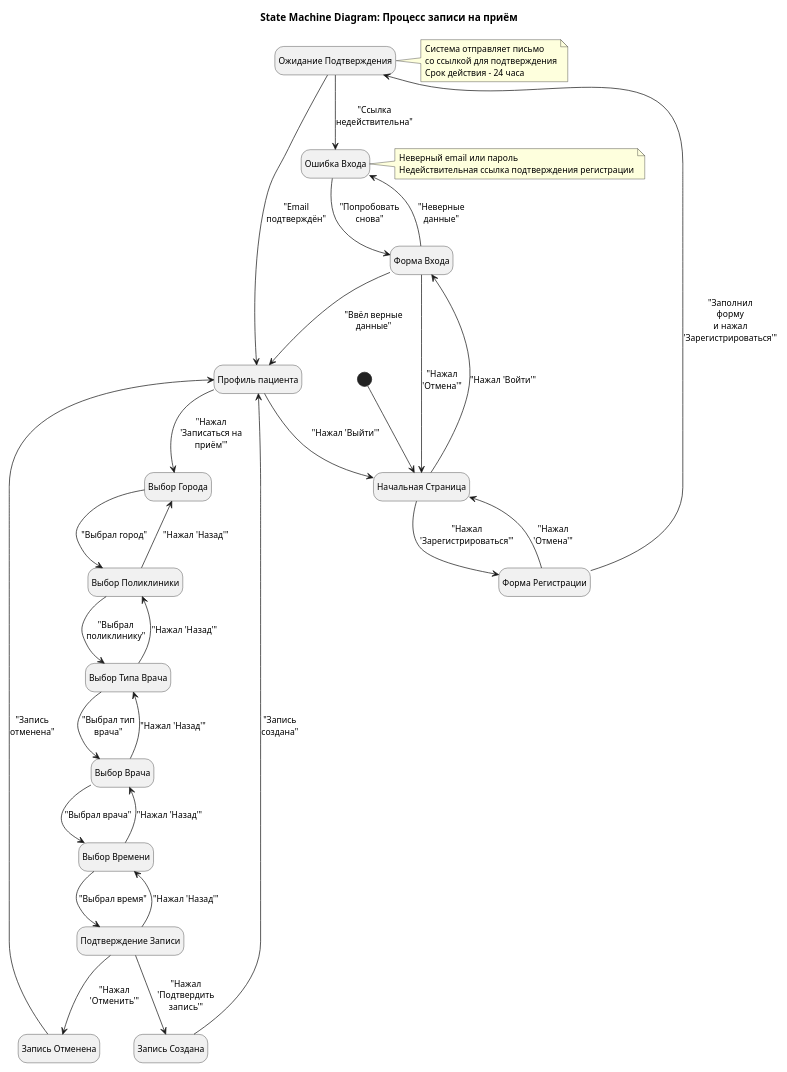
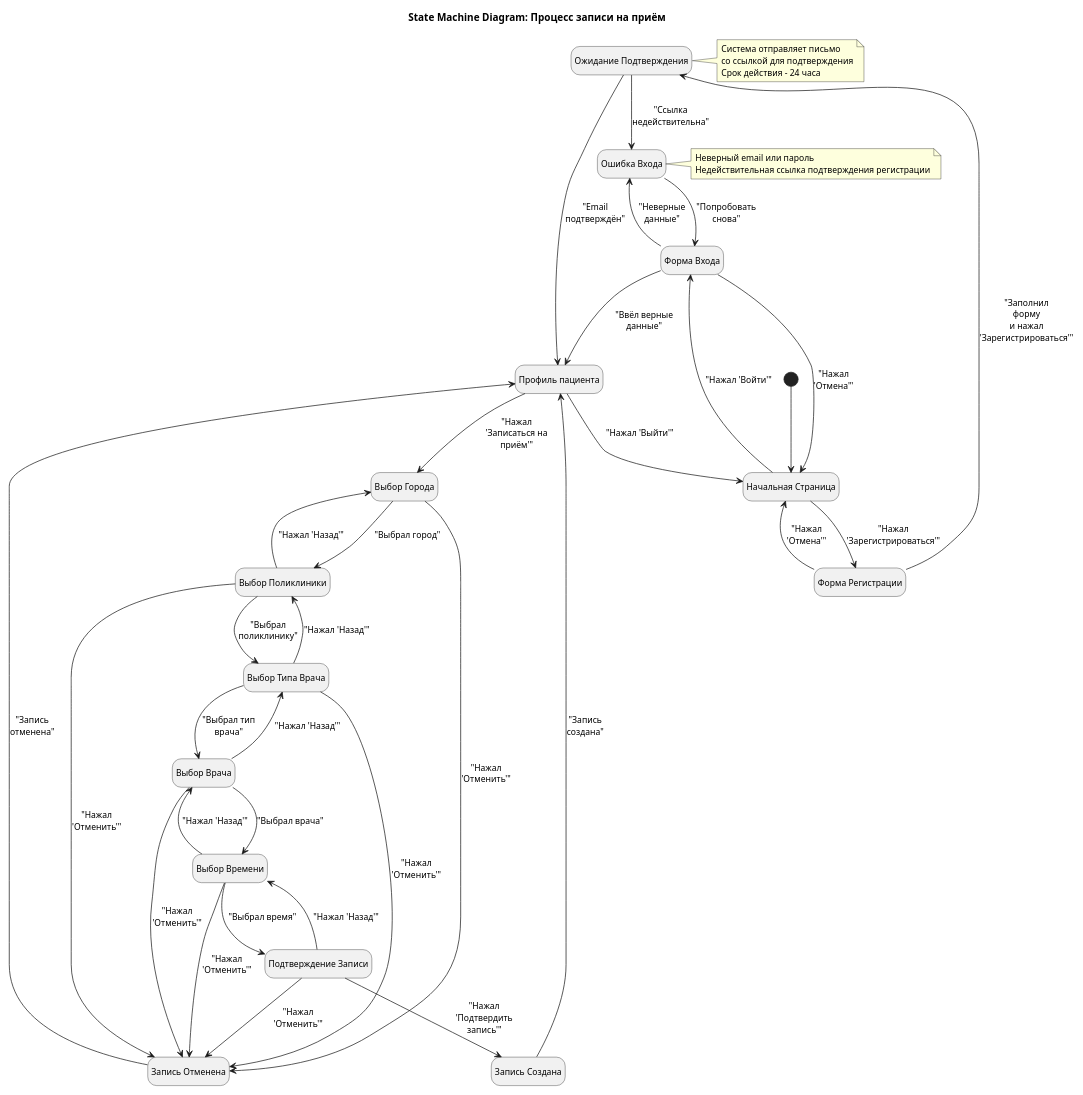
Before and after one commit to bald03/project-doc: the diagram in 3. Технические процессы/state.puml, drawn with PlantUML. The commit also changed 1 other file, not shown here.

Commit message:
Отредактирована диаграмма состояний

```diff
--- a/3. Технические процессы/state.puml
+++ b/3. Технические процессы/state.puml
@@ -1,75 +1,81 @@
 @startuml State Machine Diagram: Процесс записи на приём
 scale 0.8
 skinparam {
   defaultFontSize 12
   maxMessageSize 100
 }
 hide empty description
 
 title State Machine Diagram: Процесс записи на приём
 
 state "Начальная Страница" as Start
 state "Форма Регистрации" as Reg
 state "Ожидание Подтверждения" as WaitConfirm
 state "Форма Входа" as Login
 state "Ошибка Входа" as LoginError
 state "Профиль пациента" as PatientProfile
 state "Выбор Города" as City
 state "Выбор Поликлиники" as Clinic
 state "Выбор Типа Врача" as DoctorType
 state "Выбор Врача" as Doctor
 state "Выбор Времени" as Time
 state "Подтверждение Записи" as Confirm
 state "Запись Создана" as Created
 state "Запись Отменена" as Cancelled
 
 [*] --> Start
 
 Start --> Reg : "Нажал 'Зарегистрироваться'"
 Start --> Login : "Нажал 'Войти'"
 
 Reg --> WaitConfirm : "Заполнил форму\nи нажал 'Зарегистрироваться'"
 Reg --> Start : "Нажал 'Отмена'"
 
 WaitConfirm --> PatientProfile : "Email подтверждён"
 WaitConfirm --> LoginError : "Ссылка недействительна"
 
 Login --> PatientProfile : "Ввёл верные данные"
 Login --> LoginError : "Неверные данные"
 Login --> Start : "Нажал 'Отмена'"
 LoginError --> Login : "Попробовать снова"
 
 PatientProfile --> City : "Нажал 'Записаться на приём'"
 PatientProfile --> Start : "Нажал 'Выйти'"
 
 City --> Clinic : "Выбрал город"
+City --> Cancelled : "Нажал 'Отменить'"
+
 Clinic --> City : "Нажал 'Назад'"
 Clinic --> DoctorType : "Выбрал поликлинику"
+Clinic --> Cancelled : "Нажал 'Отменить'"
 
 DoctorType --> Clinic : "Нажал 'Назад'"
 DoctorType --> Doctor : "Выбрал тип врача"
+DoctorType --> Cancelled : "Нажал 'Отменить'"
 
 Doctor --> DoctorType : "Нажал 'Назад'"
 Doctor --> Time : "Выбрал врача"
+Doctor --> Cancelled : "Нажал 'Отменить'"
 
 Time --> Doctor : "Нажал 'Назад'"
 Time --> Confirm : "Выбрал время"
+Time --> Cancelled : "Нажал 'Отменить'"
 
 Confirm --> Time : "Нажал 'Назад'"
 Confirm --> Created : "Нажал 'Подтвердить запись'"
 Confirm --> Cancelled : "Нажал 'Отменить'"
 
 Created --> PatientProfile : "Запись создана"
 Cancelled --> PatientProfile : "Запись отменена"
 
 note right of WaitConfirm
   Система отправляет письмо
   со ссылкой для подтверждения
   Срок действия - 24 часа
 end note
 
 note right of LoginError
   Неверный email или пароль
   Недействительная ссылка подтверждения регистрации
 end note
 @enduml
```
